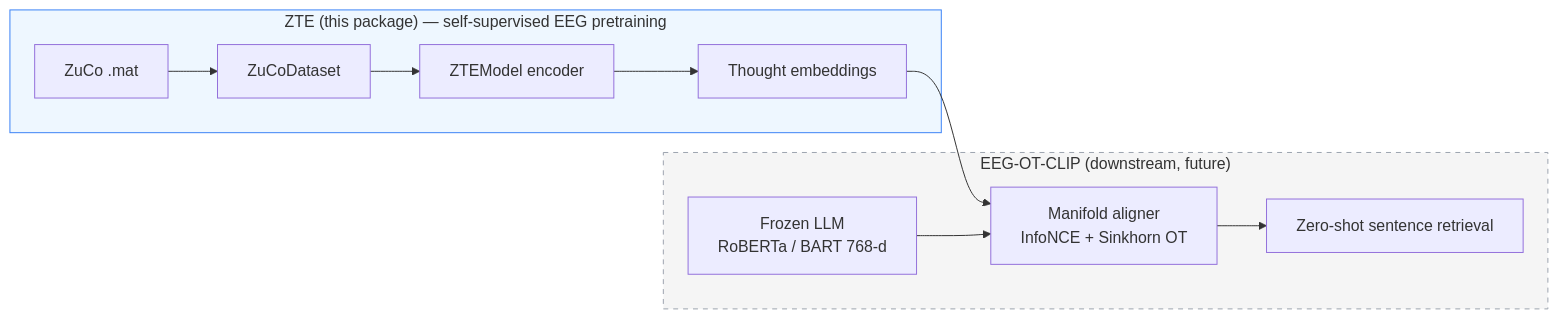
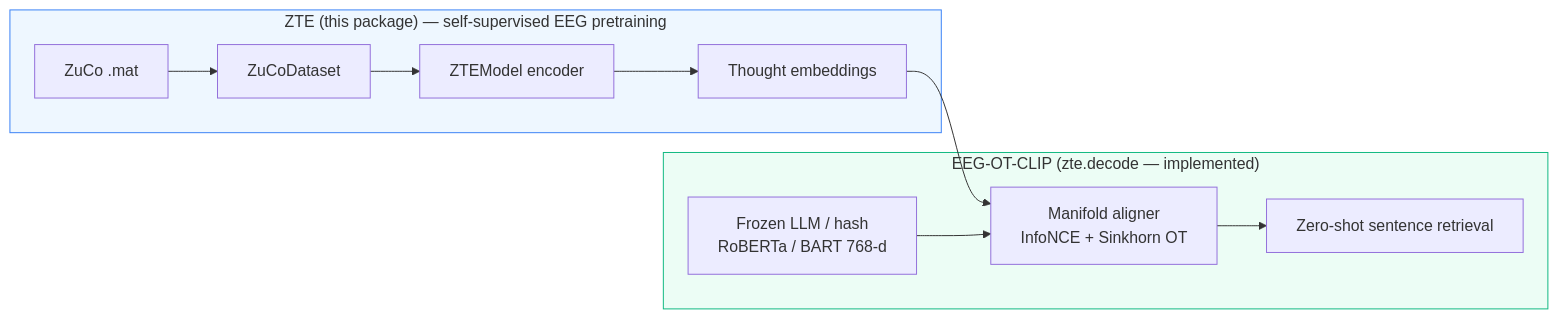
Before and after one commit to victor-iyi/zte: the first of 5 diagrams in README.md, drawn with Mermaid. The commit also changed other lines of this file and 11 other files, not shown here.

````diff
--- a/README.md
+++ b/README.md
@@ -21,15 +21,15 @@
 ```mermaid
 flowchart LR
     subgraph ZTE["ZTE (this package) — self-supervised EEG pretraining"]
         A[ZuCo .mat] --> B[ZuCoDataset]
         B --> C[ZTEModel encoder]
         C --> D[Thought embeddings]
     end
-    subgraph NEXT["EEG-OT-CLIP (downstream, future)"]
+    subgraph NEXT["EEG-OT-CLIP (zte.decode — implemented)"]
         D --> E[Manifold aligner<br/>InfoNCE + Sinkhorn OT]
-        F[Frozen LLM<br/>RoBERTa / BART 768-d] --> E
+        F[Frozen LLM / hash<br/>RoBERTa / BART 768-d] --> E
         E --> G[Zero-shot sentence retrieval]
     end
     style ZTE fill:#eef7ff,stroke:#3b82f6
-    style NEXT fill:#f5f5f5,stroke:#9ca3af,stroke-dasharray: 5 5
+    style NEXT fill:#ecfdf5,stroke:#10b981
 ```
````
